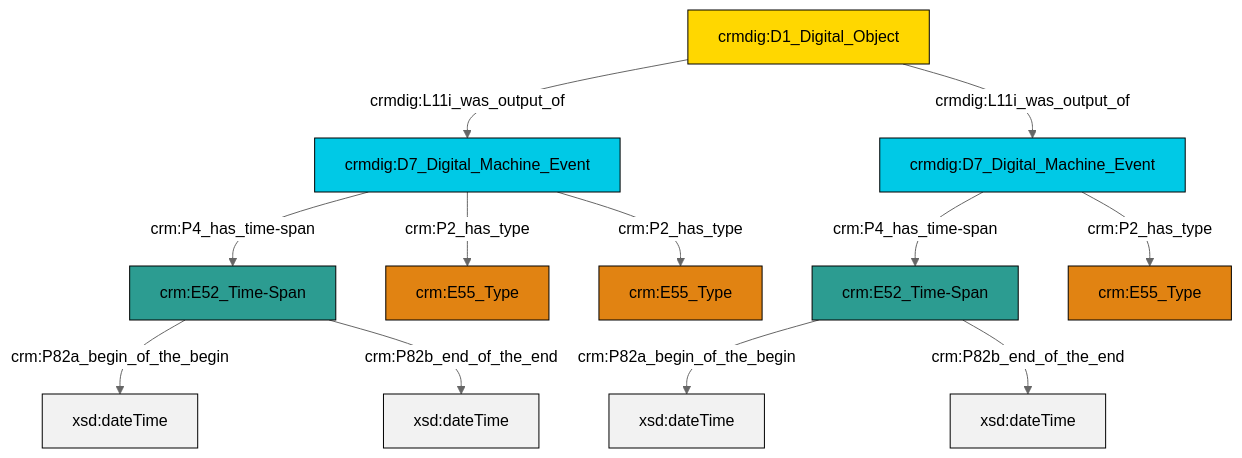
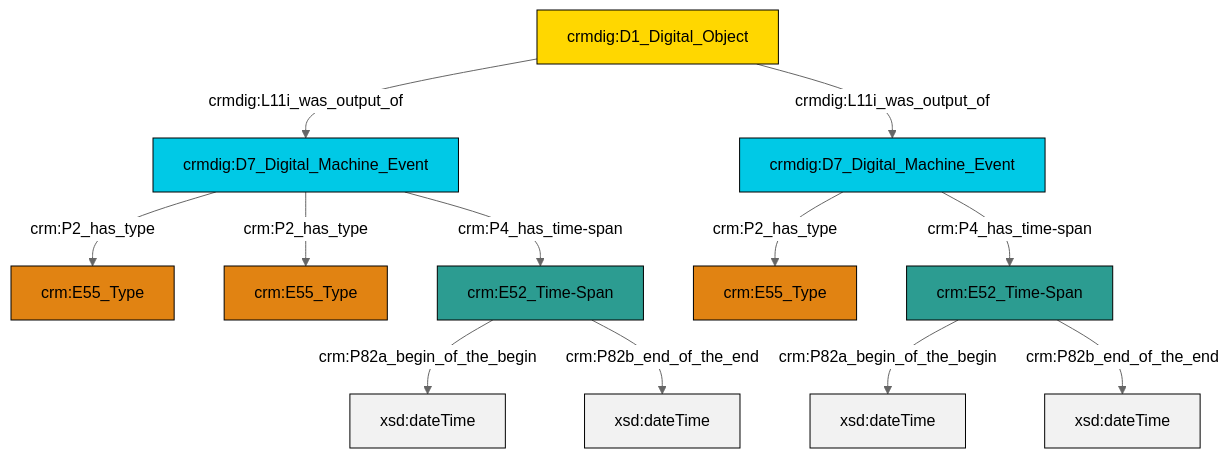
Before and after one commit to swiss-art-research-net/docs.swissartresearch: the diagram in et/doCSV/ttl/mmd/do_existence.ttl.mmd, drawn with Mermaid (neutral theme). The commit also changed 176 other files, not shown here.

```diff
--- a/et/doCSV/ttl/mmd/do_existence.ttl.mmd
+++ b/et/doCSV/ttl/mmd/do_existence.ttl.mmd
@@ -1,26 +1,26 @@
 graph TD
 classDef Literal fill:#f2f2f2,stroke:#000000;
 classDef CRM_Entity fill:#FFFFFF,stroke:#000000;
 classDef Temporal_Entity fill:#00C9E6, stroke:#000000;
 classDef Type fill:#E18312, stroke:#000000;
 classDef Time-Span fill:#2C9C91, stroke:#000000;
 classDef Appellation fill:#FFEB7F, stroke:#000000;
 classDef Place fill:#008836, stroke:#000000;
 classDef Persistent_Item fill:#B266B2, stroke:#000000;
 classDef Conceptual_Object fill:#FFD700, stroke:#000000;
 classDef Physical_Thing fill:#D2B48C, stroke:#000000;
 classDef Actor fill:#f58aad, stroke:#000000;
 classDef PC_Classes fill:#4ce600, stroke:#000000;
 classDef Multi fill:#cccccc,stroke:#000000;
 
 0["crm:E52_Time-Span"]:::Time-Span -->|crm:P82a_begin_of_the_begin| 1[xsd:dateTime]:::Literal
 4["crmdig:D7_Digital_Machine_Event"]:::Temporal_Entity -->|crm:P2_has_type| 5["crm:E55_Type"]:::Type
-4["crmdig:D7_Digital_Machine_Event"]:::Temporal_Entity -->|crm:P4_has_time-span| 6["crm:E52_Time-Span"]:::Time-Span
-0["crm:E52_Time-Span"]:::Time-Span -->|crm:P82b_end_of_the_end| 8[xsd:dateTime]:::Literal
-9["crmdig:D1_Digital_Object"]:::Conceptual_Object -->|crmdig:L11i_was_output_of| 4["crmdig:D7_Digital_Machine_Event"]:::Temporal_Entity
-6["crm:E52_Time-Span"]:::Time-Span -->|crm:P82a_begin_of_the_begin| 10[xsd:dateTime]:::Literal
-13["crmdig:D7_Digital_Machine_Event"]:::Temporal_Entity -->|crm:P4_has_time-span| 0["crm:E52_Time-Span"]:::Time-Span
-6["crm:E52_Time-Span"]:::Time-Span -->|crm:P82b_end_of_the_end| 15[xsd:dateTime]:::Literal
-13["crmdig:D7_Digital_Machine_Event"]:::Temporal_Entity -->|crm:P2_has_type| 11["crm:E55_Type"]:::Type
-9["crmdig:D1_Digital_Object"]:::Conceptual_Object -->|crmdig:L11i_was_output_of| 13["crmdig:D7_Digital_Machine_Event"]:::Temporal_Entity
-4["crmdig:D7_Digital_Machine_Event"]:::Temporal_Entity -->|crm:P2_has_type| 2["crm:E55_Type"]:::Type
+6["crm:E52_Time-Span"]:::Time-Span -->|crm:P82a_begin_of_the_begin| 7[xsd:dateTime]:::Literal
+10["crmdig:D1_Digital_Object"]:::Conceptual_Object -->|crmdig:L11i_was_output_of| 2["crmdig:D7_Digital_Machine_Event"]:::Temporal_Entity
+2["crmdig:D7_Digital_Machine_Event"]:::Temporal_Entity -->|crm:P2_has_type| 11["crm:E55_Type"]:::Type
+2["crmdig:D7_Digital_Machine_Event"]:::Temporal_Entity -->|crm:P2_has_type| 8["crm:E55_Type"]:::Type
+0["crm:E52_Time-Span"]:::Time-Span -->|crm:P82b_end_of_the_end| 16[xsd:dateTime]:::Literal
+6["crm:E52_Time-Span"]:::Time-Span -->|crm:P82b_end_of_the_end| 17[xsd:dateTime]:::Literal
+2["crmdig:D7_Digital_Machine_Event"]:::Temporal_Entity -->|crm:P4_has_time-span| 6["crm:E52_Time-Span"]:::Time-Span
+10["crmdig:D1_Digital_Object"]:::Conceptual_Object -->|crmdig:L11i_was_output_of| 4["crmdig:D7_Digital_Machine_Event"]:::Temporal_Entity
+4["crmdig:D7_Digital_Machine_Event"]:::Temporal_Entity -->|crm:P4_has_time-span| 0["crm:E52_Time-Span"]:::Time-Span
```
